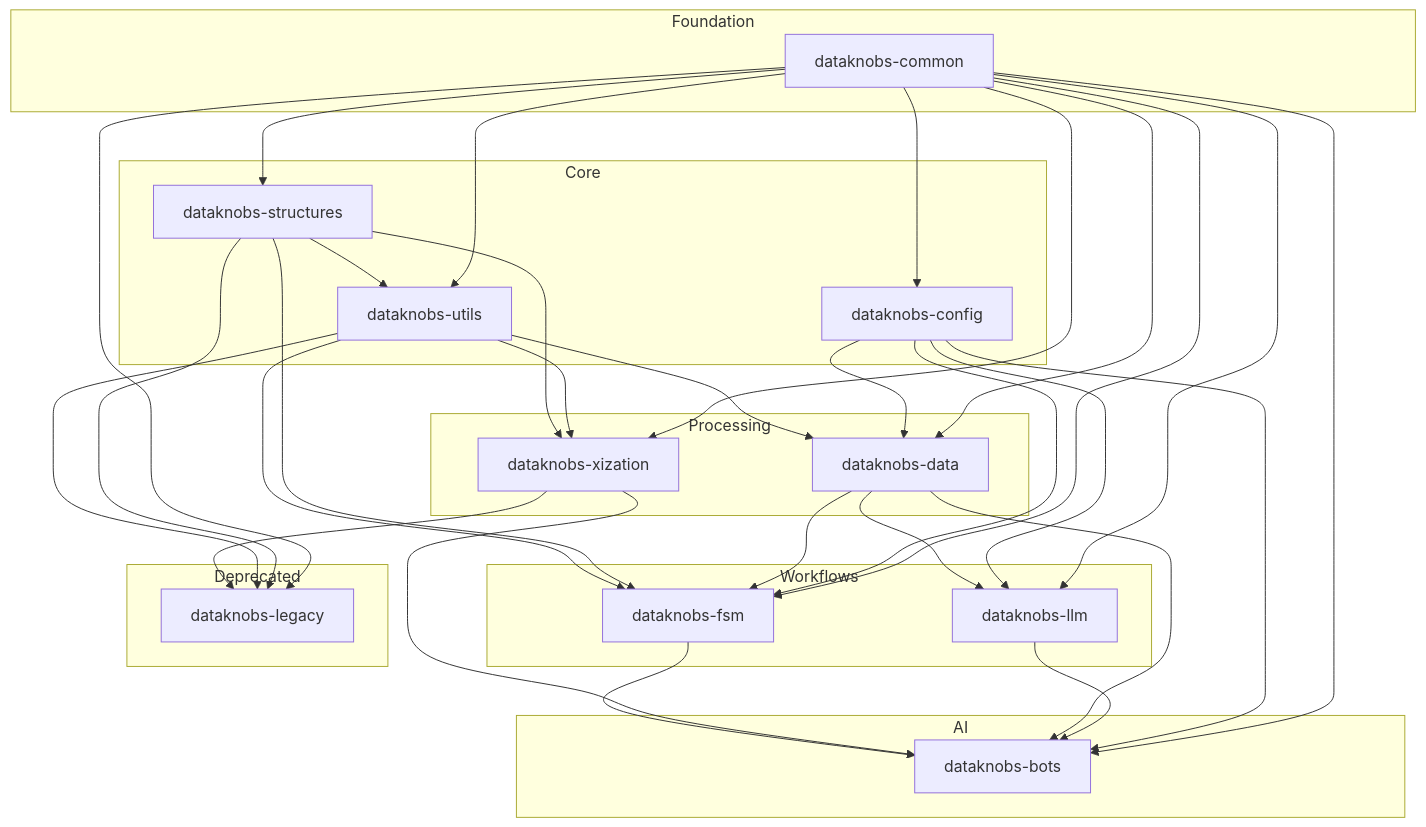
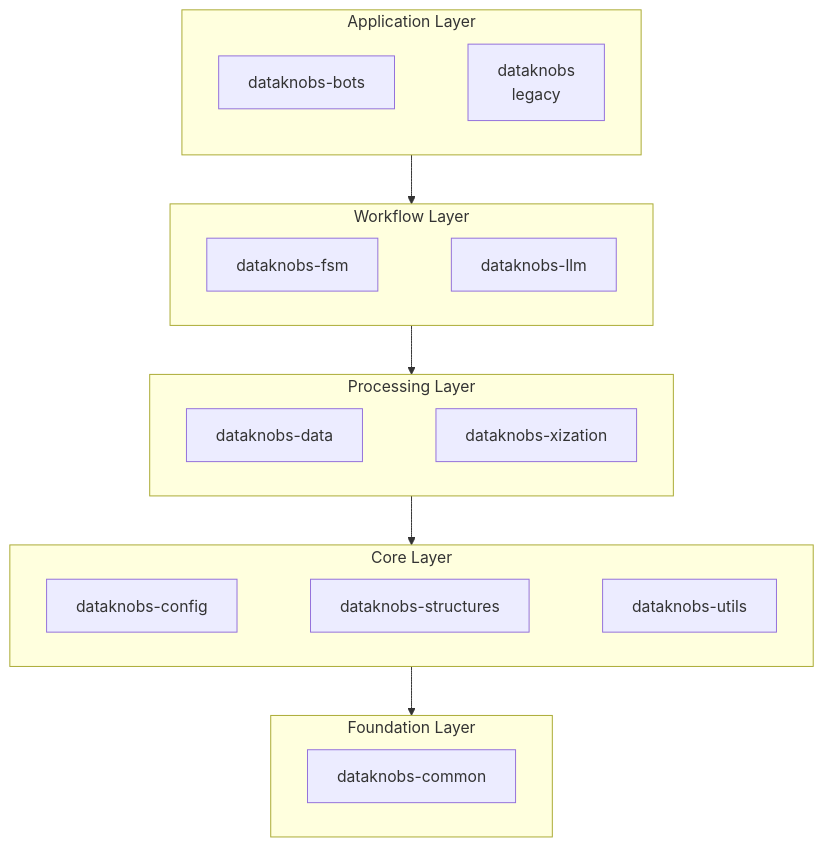
Before and after one commit to KBS-Labs/dataknobs: the diagram in docs/packages/index.md, drawn with Mermaid. The commit also changed other lines of this file and 5 other files, not shown here.

````diff
--- a/docs/packages/index.md
+++ b/docs/packages/index.md
@@ -41,72 +41,46 @@
 ```mermaid
-graph TD
-    subgraph Foundation
+graph TB
+    subgraph Application["Application Layer"]
+        direction LR
+        bots[dataknobs-bots]
+        legacy[dataknobs<br/>legacy]
+
+        bots ~~~ legacy
+    end
+
+    subgraph Workflow["Workflow Layer"]
+        direction LR
+        fsm[dataknobs-fsm]
+        llm[dataknobs-llm]
+
+        fsm ~~~ llm
+    end
+
+    subgraph Processing["Processing Layer"]
+        direction LR
+        data[dataknobs-data]
+        xization[dataknobs-xization]
+
+        data ~~~ xization
+    end
+
+    subgraph Core["Core Layer"]
+        direction LR
+        config[dataknobs-config]
+        structures[dataknobs-structures]
+        utils[dataknobs-utils]
+
+        config ~~~ structures ~~~ utils
+    end
+
+    subgraph Foundation["Foundation Layer"]
+        direction LR
         common[dataknobs-common]
     end
 
-    subgraph Core
-        config[dataknobs-config]
-        structures[dataknobs-structures]
-        utils[dataknobs-utils]
-    end
-
-    subgraph Processing
-        xization[dataknobs-xization]
-        data[dataknobs-data]
-    end
-
-    subgraph Workflows
-        fsm[dataknobs-fsm]
-        llm[dataknobs-llm]
-    end
-
-    subgraph AI
-        bots[dataknobs-bots]
-    end
-
-    subgraph Deprecated
-        legacy[dataknobs-legacy]
-    end
-
-    %% Foundation dependencies
-    common --> config
-    common --> structures
-    common --> utils
-    common --> xization
-    common --> data
-    common --> fsm
-    common --> llm
-    common --> bots
-    common --> legacy
-
-    %% Core layer
-    structures --> utils
-    utils --> xization
-    structures --> xization
-
-    %% Data layer
-    config --> data
-    utils --> data
-
-    %% LLM layer
-    config --> llm
-    data --> llm
-
-    %% FSM layer
-    config --> fsm
-    data --> fsm
-    structures --> fsm
-    utils --> fsm
-
-    %% Bots layer (highest level)
-    config --> bots
-    llm --> bots
-    data --> bots
-    xization --> bots
-    fsm --> bots
-
-    %% Legacy
-    structures --> legacy
-    utils --> legacy
-    xization --> legacy
+    %% Layer dependencies (simplified)
+    Application --> Workflow
+    Workflow --> Processing
+    Processing --> Core
+    Core --> Foundation
 ```
````
